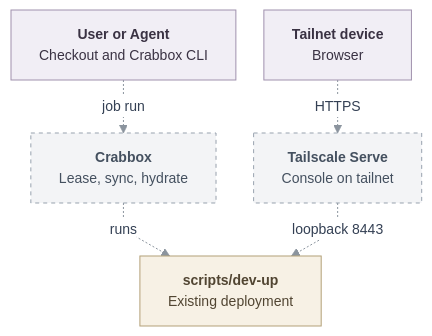
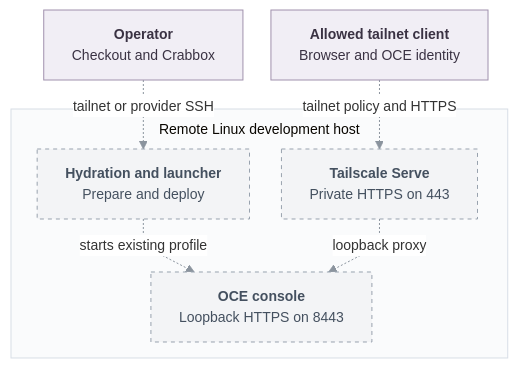
One commit to opencharly/openclaw-enterprise changed the diagram in specs/rfcs/0019-crabbox-oce-deployment.md. Above: the diagram before and after it, drawn with Mermaid. The commit also changed other lines of this file and 2 other files, not shown here.

Commit message:
docs(specs): clarify remote OCE development proposal and delivery plan

````diff
--- a/specs/rfcs/0019-crabbox-oce-deployment.md
+++ b/specs/rfcs/0019-crabbox-oce-deployment.md
@@ -139,34 +131,37 @@
 ```mermaid
 ---
 config:
   theme: base
   htmlLabels: true
   themeVariables:
     fontSize: 14px
-    primaryTextColor: "#344054"
     lineColor: "#8B949E"
     edgeLabelBackground: "#FFFFFF"
   flowchart:
     curve: linear
     nodeSpacing: 28
     rankSpacing: 32
     padding: 14
+    subGraphTitleMargin:
+      top: 10
+      bottom: 14
 ---
 flowchart TB
-  Caller["<b>User or Agent</b><br/>Checkout and Crabbox CLI"]
-  Crabbox["<b>Crabbox</b><br/>Lease, sync, hydrate"]
-  DevUp["<b>scripts/dev-up</b><br/>Existing deployment"]
-  Serve["<b>Tailscale Serve</b><br/>Console on tailnet"]
-  Browser["<b>Tailnet device</b><br/>Browser"]
-  Caller -.->|job run| Crabbox
-  Crabbox -.->|runs| DevUp
-  Browser -.->|HTTPS| Serve
-  Serve -.->|loopback 8443| DevUp
+  Caller["<b>Operator</b><br/>Checkout and Crabbox"]
+  Device["<b>Allowed tailnet client</b><br/>Browser and OCE identity"]
+  subgraph Host["Remote Linux development host"]
+    Setup["<b>Hydration and launcher</b><br/>Prepare and deploy"]
+    Serve["<b>Tailscale Serve</b><br/>Private HTTPS on 443"]
+    Console["<b>OCE console</b><br/>Loopback HTTPS on 8443"]
+  end
+  Caller -.->|tailnet or provider SSH| Setup
+  Setup -.->|starts existing profile| Console
+  Device -.->|tailnet policy and HTTPS| Serve
+  Serve -.->|loopback proxy| Console
   classDef actor fill:#F1EEF5,stroke:#A091AD,color:#3A3243,stroke-width:1px
-  classDef gate fill:#F7F1E5,stroke:#B3A078,color:#514532,stroke-width:1px
   classDef pending fill:#F3F4F6,stroke:#98A2AE,color:#44505F,stroke-width:1px,stroke-dasharray:4 4
-  class Caller,Browser actor
-  class DevUp gate
-  class Crabbox,Serve pending
+  class Caller,Device actor
+  class Setup,Serve,Console pending
+  style Host fill:#FAFBFC,stroke:#D8DEE6,stroke-width:1px
   linkStyle default stroke:#8B949E,stroke-width:1px
 ```
````
